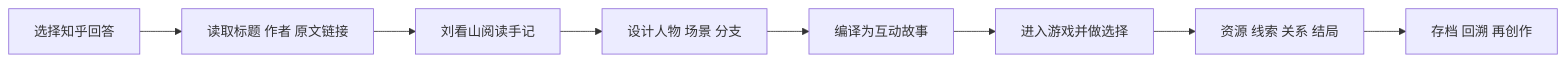
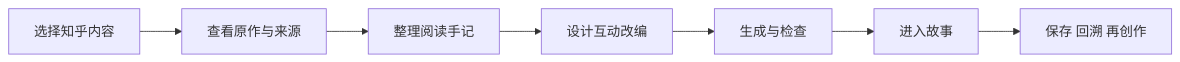
Before and after one commit to wzn1118/zhihu-story-worlds: the diagram in docs/product-overview.md, drawn with Mermaid. The commit also changed other lines of this file and 7 other files, not shown here.

````diff
--- a/docs/product-overview.md
+++ b/docs/product-overview.md
@@ -274,10 +44,9 @@
 ```mermaid
 flowchart LR
-    A[选择知乎回答] --> B[读取标题 作者 原文链接]
-    B --> C[刘看山阅读手记]
-    C --> D[设计人物 场景 分支]
-    D --> E[编译为互动故事]
-    E --> F[进入游戏并做选择]
-    F --> G[资源 线索 关系 结局]
-    G --> H[存档 回溯 再创作]
+    A[选择知乎内容] --> B[查看原作与来源]
+    B --> C[整理阅读手记]
+    C --> D[设计互动改编]
+    D --> E[生成与检查]
+    E --> F[进入故事]
+    F --> G[保存 回溯 再创作]
 ```
````
